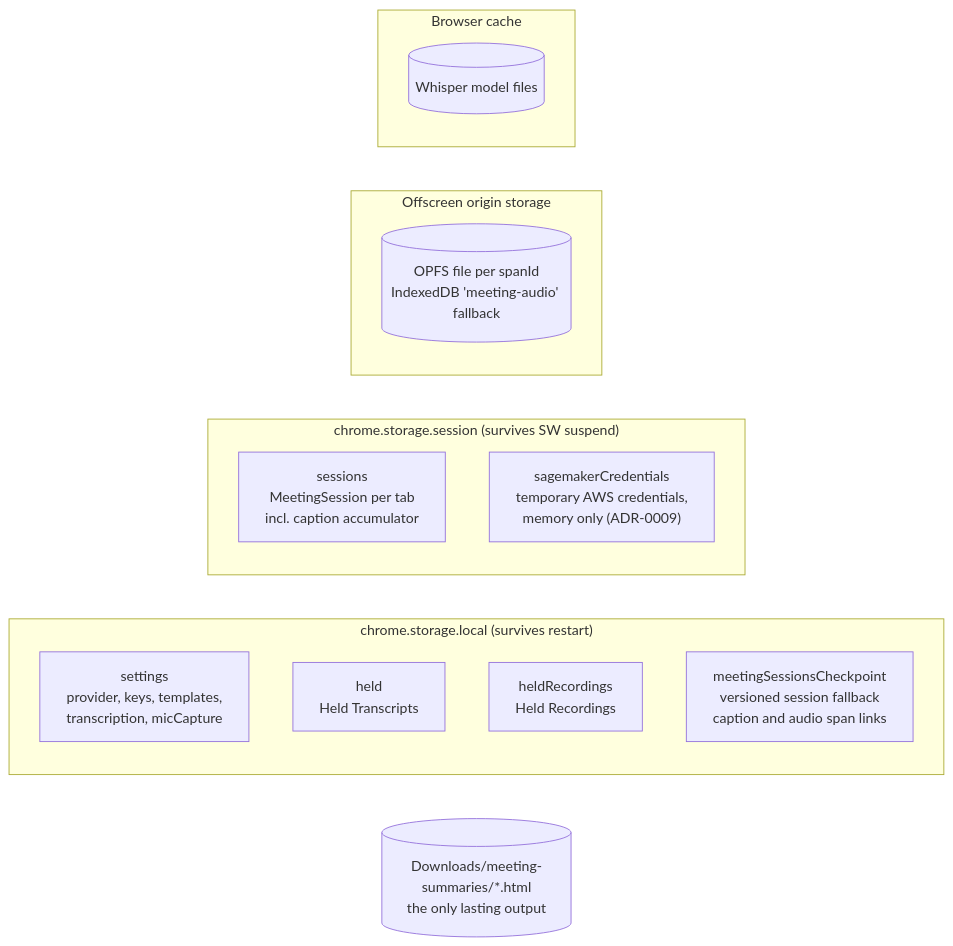
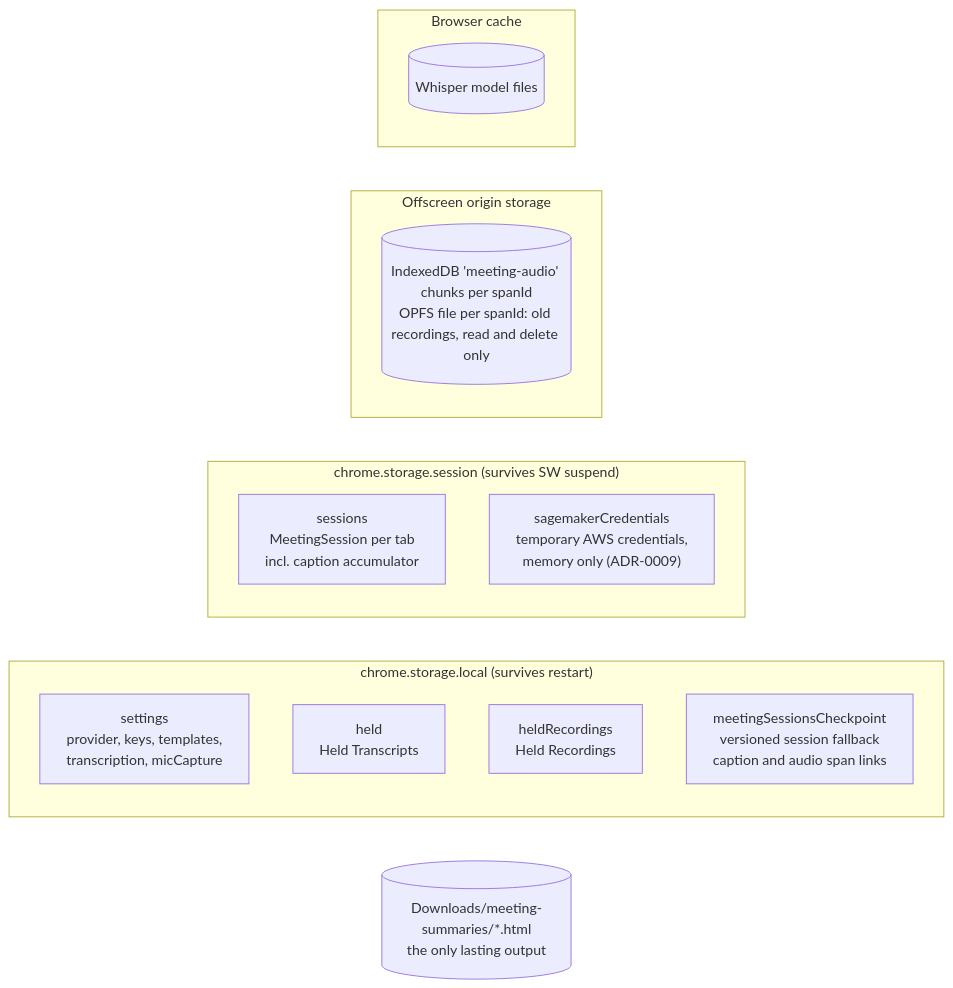
Diagram 11 of 11 in docs/ARCHITECTURE.md (dominic676767/meeting-summarizer), drawn with Mermaid before and after one commit. The commit also changed other lines of this file and 3 other files, not shown here.

````diff
--- a/docs/ARCHITECTURE.md
+++ b/docs/ARCHITECTURE.md
@@ -558,20 +558,20 @@
 ```mermaid
 flowchart LR
     subgraph local["chrome.storage.local (survives restart)"]
         settingsK["settings<br/>provider, keys, templates,<br/>transcription, micCapture"]
         heldK["held<br/>Held Transcripts"]
         heldRK["heldRecordings<br/>Held Recordings"]
         checkpointK["meetingSessionsCheckpoint<br/>versioned session fallback<br/>caption and audio span links"]
     end
     subgraph sessionS["chrome.storage.session (survives SW suspend)"]
         sessionsK["sessions<br/>MeetingSession per tab<br/>incl. caption accumulator"]
         awsK["sagemakerCredentials<br/>temporary AWS credentials,<br/>memory only (ADR-0009)"]
     end
     subgraph audio["Offscreen origin storage"]
-        opfs[("OPFS file per spanId<br/>IndexedDB 'meeting-audio' fallback")]
+        idb[("IndexedDB 'meeting-audio' chunks per spanId<br/>OPFS file per spanId: old recordings, read and delete only")]
     end
     subgraph browser["Browser cache"]
         model[("Whisper model files")]
     end
     dl[("Downloads/meeting-summaries/*.html<br/>the only lasting output")]
 ```
````
